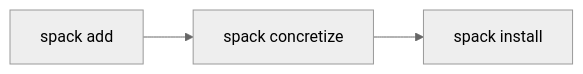
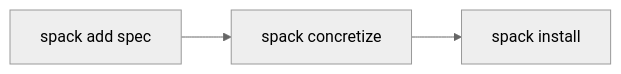
One commit to thomas-bouvier/slides-spack-tutorial-for-beginners changed the diagram in slides.md. Above: the diagram before and after it, drawn with Mermaid (neutral theme). The commit also changed other lines of this file and 1 other file, not shown here.

````diff
--- a/slides.md
+++ b/slides.md
@@ -361,4 +402,4 @@
 ```mermaid {scale: 1.0}
 flowchart LR
-  A[spack add] --> B[spack concretize] --> C[spack install]
+  A[spack add spec] --> B[spack concretize] --> C[spack install]
 ```
````
